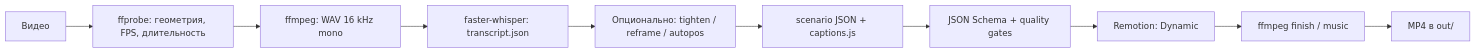
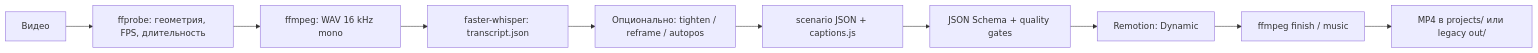
Before and after one commit to Ntmib/AutoMontage-Agent: the first of 2 diagrams in ARCHITECTURE.md, drawn with Mermaid. The commit also changed other lines of this file and 8 other files, not shown here.

````diff
--- a/ARCHITECTURE.md
+++ b/ARCHITECTURE.md
@@ -32,12 +32,12 @@
 ```mermaid
 flowchart LR
   A["Видео"] --> B["ffprobe: геометрия, FPS, длительность"]
   B --> C["ffmpeg: WAV 16 kHz mono"]
   C --> D["faster-whisper: transcript.json"]
   D --> E["Опционально: tighten / reframe / autopos"]
   E --> F["scenario JSON + captions.js"]
   F --> G["JSON Schema + quality gates"]
   G --> H["Remotion: Dynamic"]
   H --> I["ffmpeg finish / music"]
-  I --> J["MP4 в out/"]
+  I --> J["MP4 в projects/ или legacy out/"]
 ```
````
